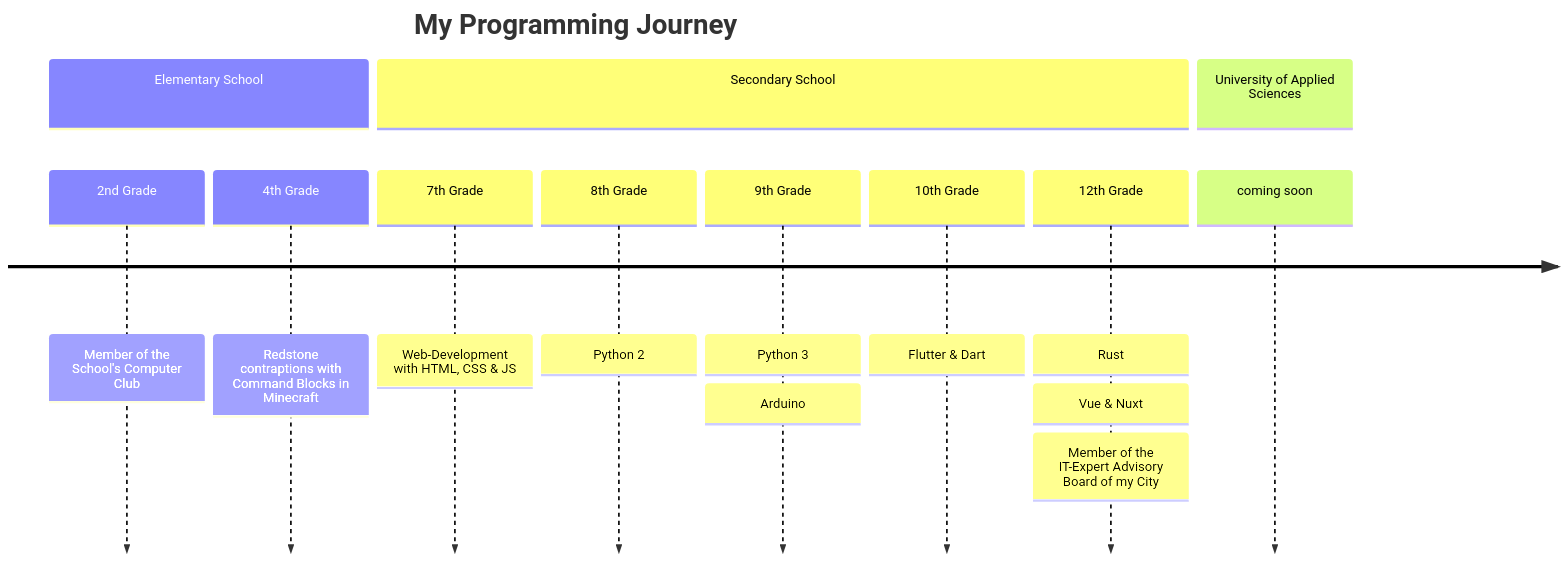
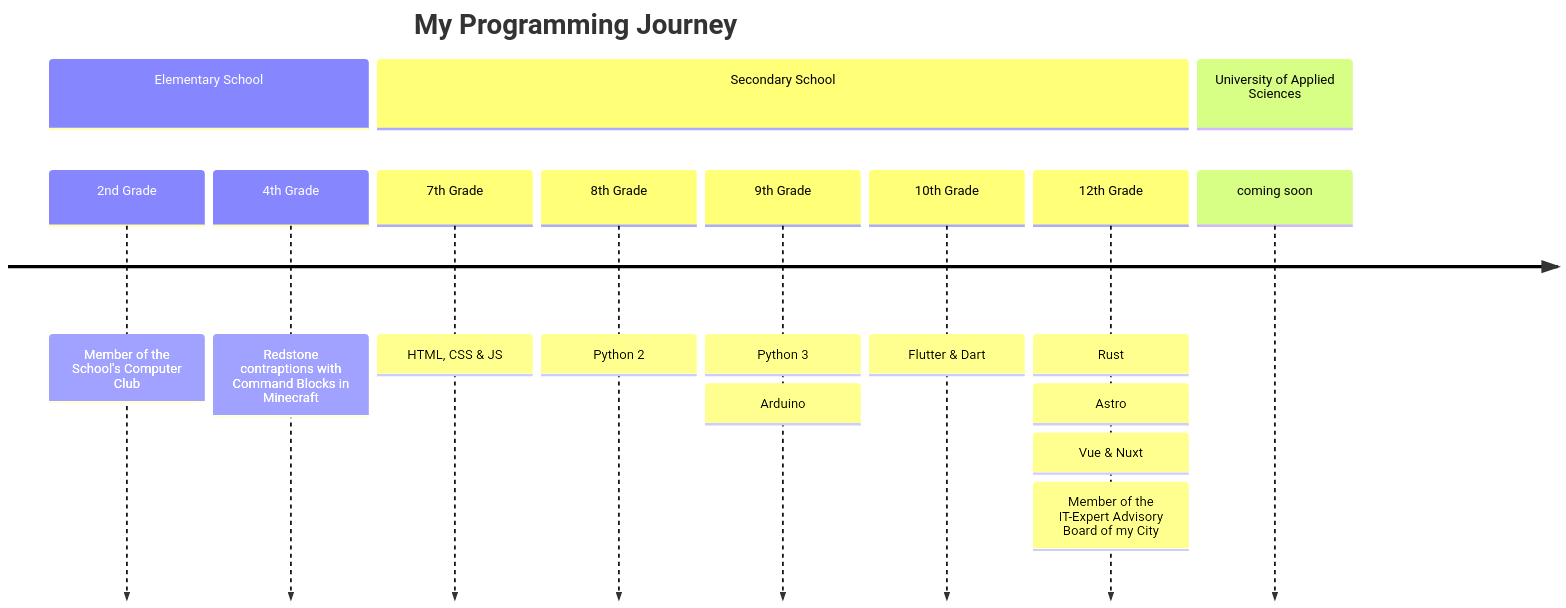
The diagram in README.md (AstragoDE/AstragoDE), drawn with Mermaid before and after one commit.

Commit message:
added Astro

````diff
--- a/README.md
+++ b/README.md
@@ -46,21 +46,22 @@
 ```mermaid
 timeline
     title My Programming Journey
 
     section Elementary School
         2nd Grade   : Member of the School's Computer Club
         4th Grade   : Redstone contraptions with Command Blocks in Minecraft
 
     section Secondary School
-        7th Grade   : Web-Development with HTML, CSS & JS
+        7th Grade   : HTML, CSS & JS
         8th Grade   : Python 2
         9th Grade   : Python 3
                     : Arduino
         10th Grade  : Flutter & Dart
         12th Grade  : Rust
+                    : Astro
                     : Vue & Nuxt
                     : Member of the IT-Expert Advisory Board of my City
 
     section University of Applied Sciences
         coming soon
 ```
````
